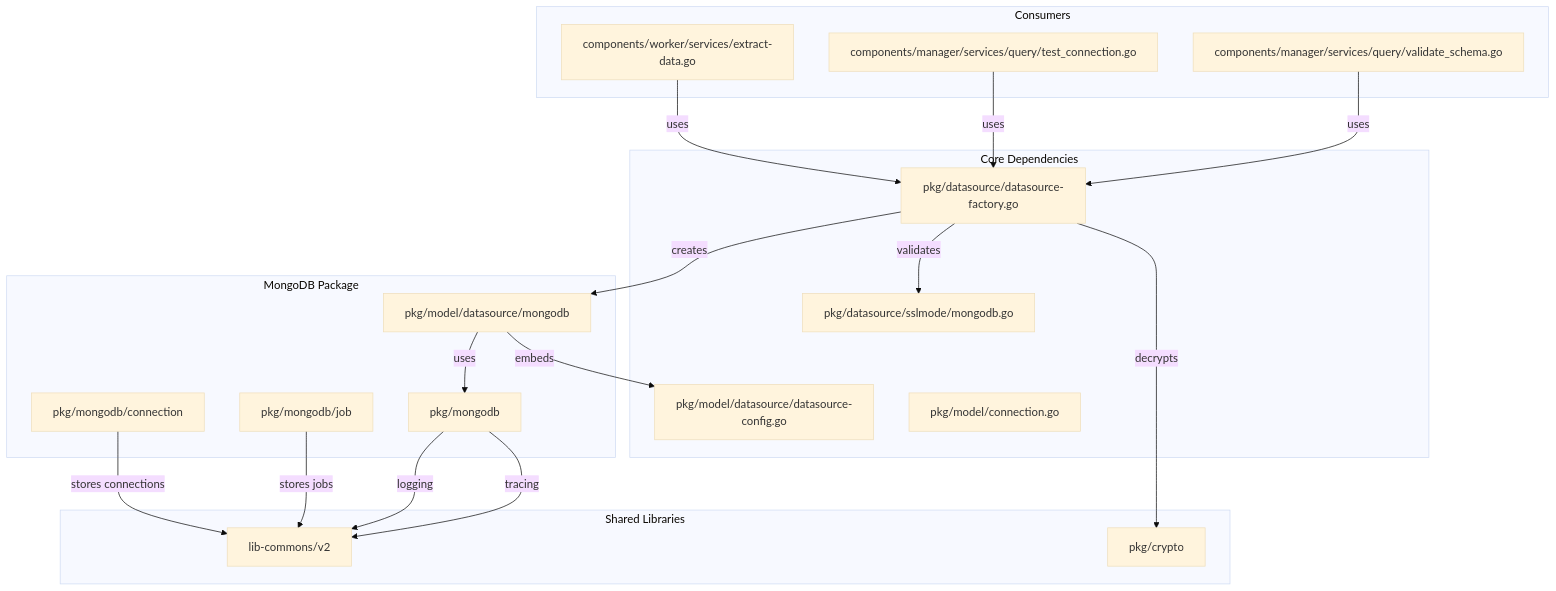
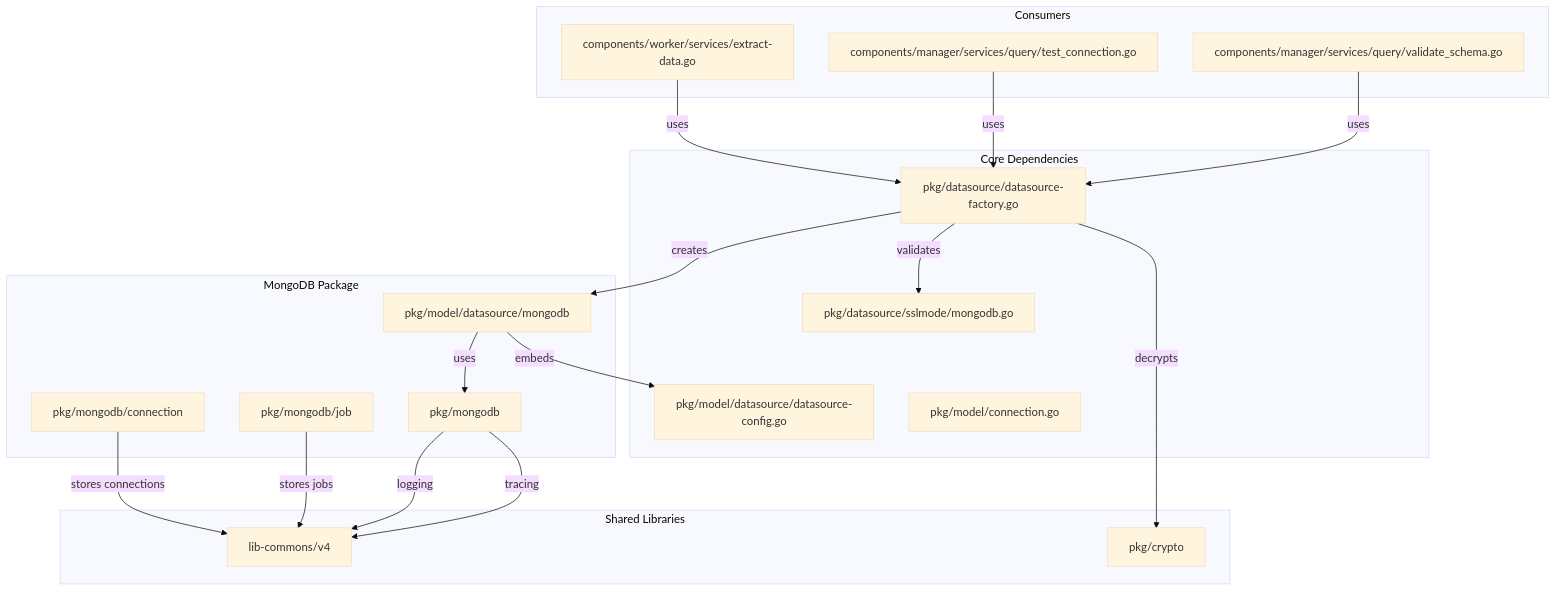
The fourth of 4 diagrams in pkg/mongodb/README.md (LerianStudio/fetcher), drawn with Mermaid (base theme) before and after one commit. The commit also changed 36 other files, not shown here.

````diff
--- a/pkg/mongodb/README.md
+++ b/pkg/mongodb/README.md
@@ -316,44 +316,44 @@
 ```mermaid
 graph TB
     subgraph "Consumers"
         Worker[components/worker/services/extract-data.go]
         TestConn[components/manager/services/query/test_connection.go]
         ValidateSchema[components/manager/services/query/validate_schema.go]
     end
 
     subgraph "MongoDB Package"
         MongoDBPkg[pkg/mongodb]
         ModelMongo[pkg/model/datasource/mongodb]
         ConnRepo[pkg/mongodb/connection]
         JobRepo[pkg/mongodb/job]
     end
 
     subgraph "Core Dependencies"
         DSFactory[pkg/datasource/datasource-factory.go]
         DSConfig[pkg/model/datasource/datasource-config.go]
         SSLMode[pkg/datasource/sslmode/mongodb.go]
         Model[pkg/model/connection.go]
     end
 
     subgraph "Shared Libraries"
-        LibCommons[lib-commons/v2]
+        LibCommons[lib-commons/v4]
         Crypto[pkg/crypto]
     end
 
     Worker -->|uses| DSFactory
     TestConn -->|uses| DSFactory
     ValidateSchema -->|uses| DSFactory
 
     DSFactory -->|creates| ModelMongo
     DSFactory -->|validates| SSLMode
     DSFactory -->|decrypts| Crypto
 
     ModelMongo -->|embeds| DSConfig
     ModelMongo -->|uses| MongoDBPkg
 
     ConnRepo -->|stores connections| LibCommons
     JobRepo -->|stores jobs| LibCommons
 
     MongoDBPkg -->|logging| LibCommons
     MongoDBPkg -->|tracing| LibCommons
 ```
````
